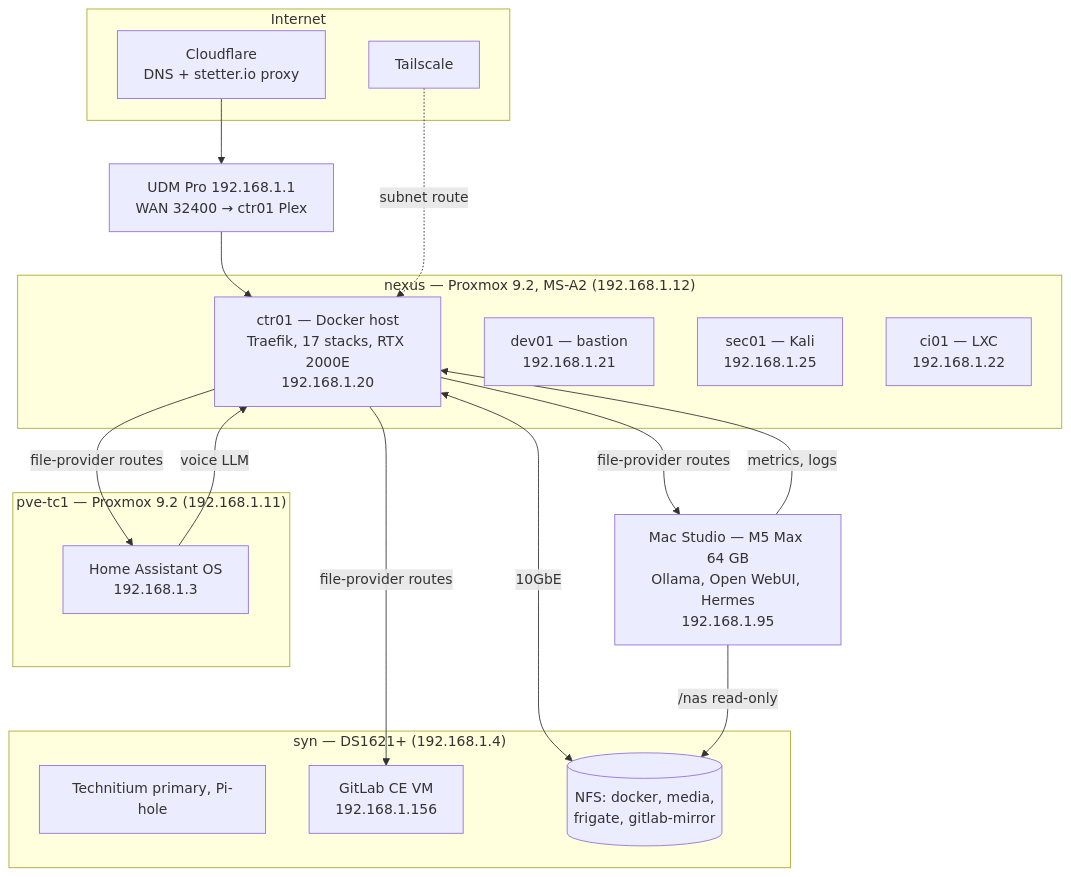
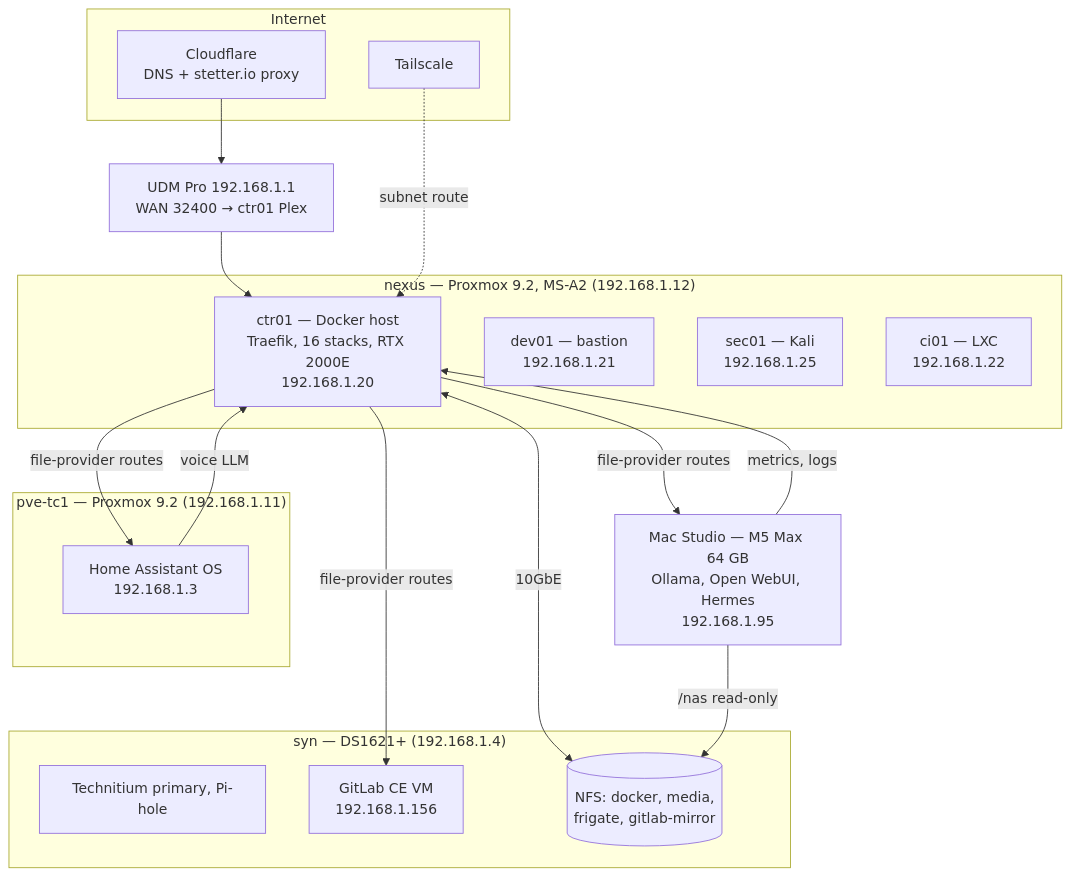
One commit to johnstetter/homelab-docs changed the diagram in docs/architecture/index.md. Above: the diagram before and after it, drawn with Mermaid. The commit also changed other lines of this file and 8 other files, not shown here.

First line of the commit message:
docs(stacks): add Tofa and Dispatcharr details, drop stetter-io from ctr01

````diff
--- a/docs/architecture/index.md
+++ b/docs/architecture/index.md
@@ -16,38 +16,38 @@
 ```mermaid
 graph TB
     subgraph Internet
         CF[Cloudflare<br/>DNS + stetter.io proxy]
         TS[Tailscale]
     end
 
     RTR[UDM Pro 192.168.1.1<br/>WAN 32400 → ctr01 Plex]
 
     subgraph NEXUS["nexus — Proxmox 9.2, MS-A2 (192.168.1.12)"]
-        CTR01[ctr01 — Docker host<br/>Traefik, 17 stacks, RTX 2000E<br/>192.168.1.20]
+        CTR01[ctr01 — Docker host<br/>Traefik, 16 stacks, RTX 2000E<br/>192.168.1.20]
         DEV01[dev01 — bastion<br/>192.168.1.21]
         SEC01[sec01 — Kali<br/>192.168.1.25]
         CI01[ci01 — LXC<br/>192.168.1.22]
     end
 
     STUDIO[Mac Studio — M5 Max 64 GB<br/>Ollama, Open WebUI, Hermes<br/>192.168.1.95]
 
     subgraph TC1["pve-tc1 — Proxmox 9.2 (192.168.1.11)"]
         HA[Home Assistant OS<br/>192.168.1.3]
     end
 
     subgraph SYN["syn — DS1621+ (192.168.1.4)"]
         DNS[Technitium primary, Pi-hole]
         GL[GitLab CE VM<br/>192.168.1.156]
         NFS[(NFS: docker, media,<br/>frigate, gitlab-mirror)]
     end
 
     CF --> RTR --> CTR01
     TS -.subnet route.-> CTR01
     CTR01 -->|file-provider routes| STUDIO
     CTR01 -->|file-provider routes| GL
     CTR01 -->|file-provider routes| HA
     HA -->|voice LLM| CTR01
     CTR01 <-->|10GbE| NFS
     STUDIO -->|/nas read-only| NFS
     STUDIO -->|metrics, logs| CTR01
 ```
````
